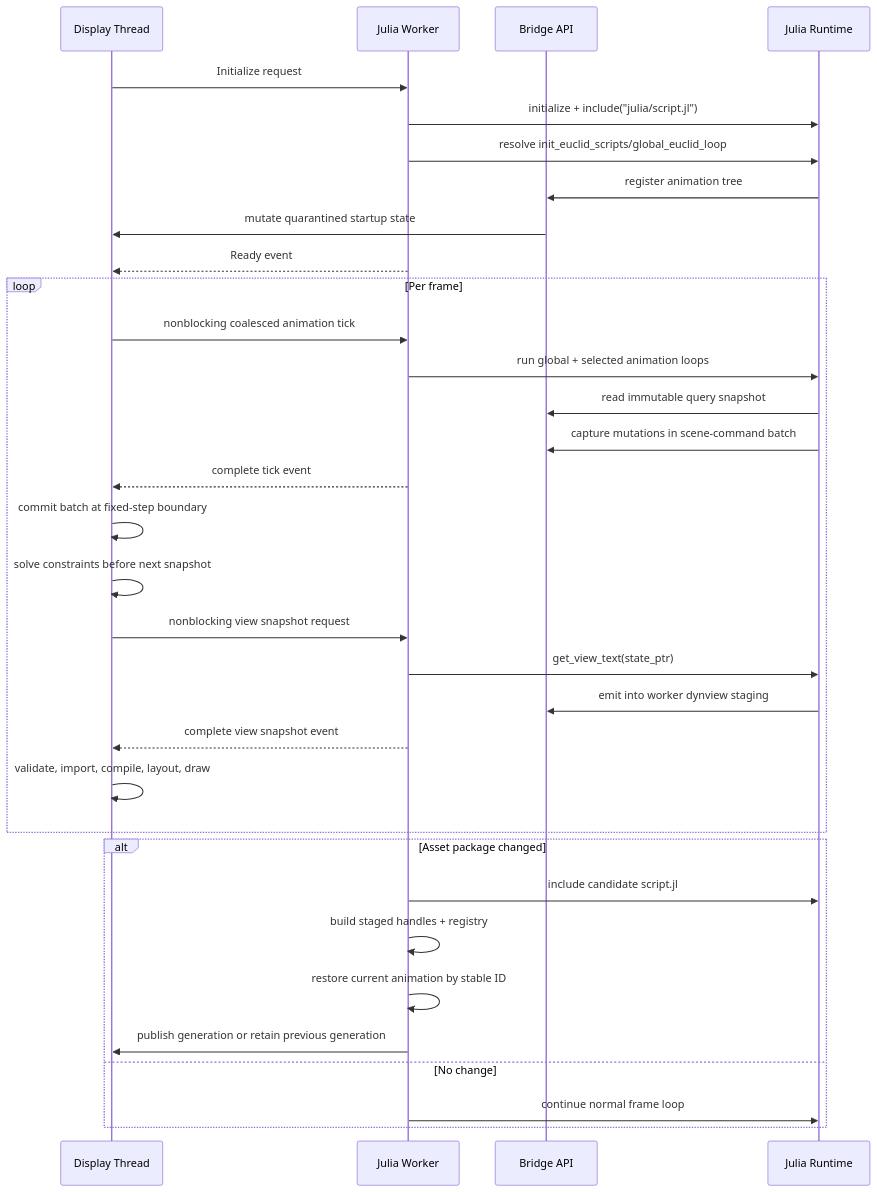
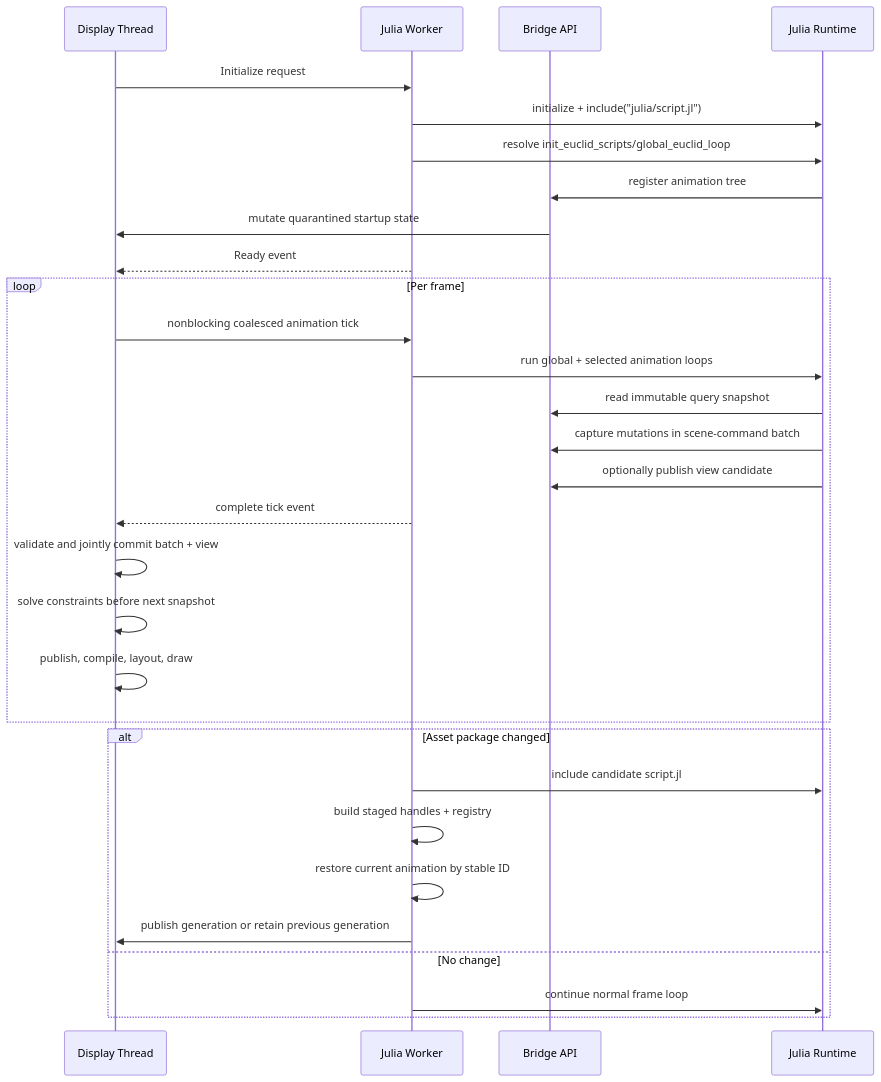
Before and after one commit to derekshoneycutt/Euclid: the second of 2 diagrams in docs/wiki/Guides/ArchitectureSummary.md, drawn with Mermaid. The commit also changed other lines of this file and 132 other files, not shown here.

Commit message:
Move to push-based view text handling

````diff
--- a/docs/wiki/Guides/ArchitectureSummary.md
+++ b/docs/wiki/Guides/ArchitectureSummary.md
@@ -232,38 +234,35 @@
 ```mermaid
 sequenceDiagram
   participant D as Display Thread
   participant W as Julia Worker
   participant B as Bridge API
   participant J as Julia Runtime
 
   D->>W: Initialize request
   W->>J: initialize + include("julia/script.jl")
   W->>J: resolve init_euclid_scripts/global_euclid_loop
   J->>B: register animation tree
   B->>D: mutate quarantined startup state
   W-->>D: Ready event
 
   loop Per frame
     D->>W: nonblocking coalesced animation tick
     W->>J: run global + selected animation loops
     J->>B: read immutable query snapshot
     J->>B: capture mutations in scene-command batch
+    J->>B: optionally publish view candidate
     W-->>D: complete tick event
-    D->>D: commit batch at fixed-step boundary
+    D->>D: validate and jointly commit batch + view
     D->>D: solve constraints before next snapshot
-    D->>W: nonblocking view snapshot request
-    W->>J: get_view_text(state_ptr)
-    J->>B: emit into worker dynview staging
-    W-->>D: complete view snapshot event
-    D->>D: validate, import, compile, layout, draw
+    D->>D: publish, compile, layout, draw
   end
 
   alt Asset package changed
     W->>J: include candidate script.jl
     W->>W: build staged handles + registry
     W->>W: restore current animation by stable ID
     W->>D: publish generation or retain previous generation
   else No change
     W->>J: continue normal frame loop
   end
 ```
````
